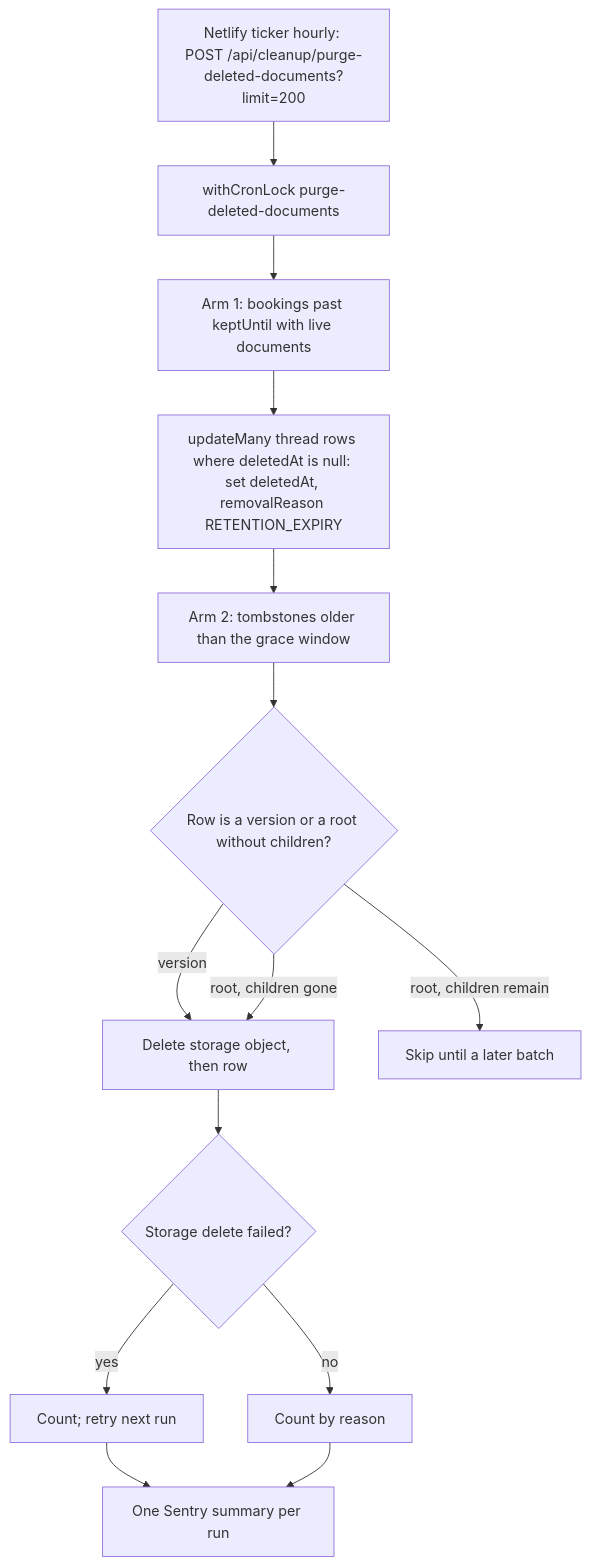
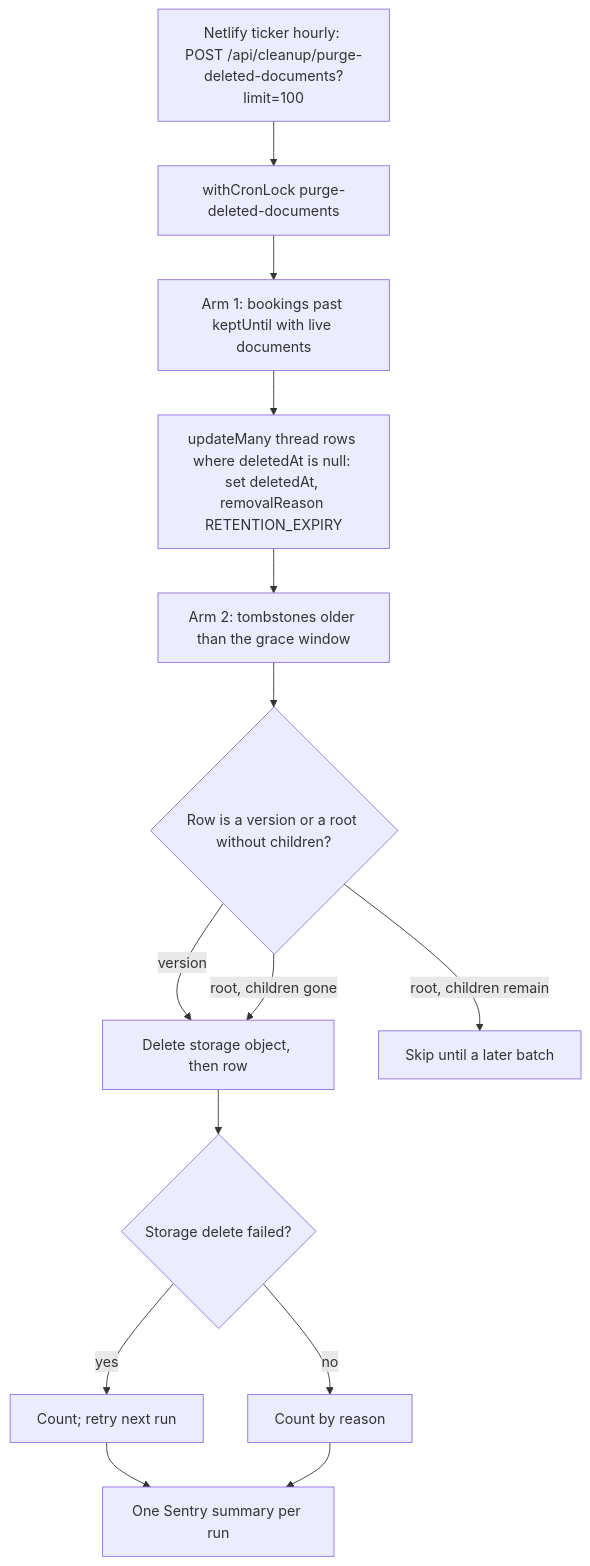
Before and after one commit to Practitionist/familiarise_web: the second of 5 diagrams in docs/documents/README.md, drawn with Mermaid. The commit also changed other lines of this file and 12 other files, not shown here.

````diff
--- a/docs/documents/README.md
+++ b/docs/documents/README.md
@@ -170,16 +170,16 @@
 ```mermaid
 flowchart TD
-  A[Netlify ticker hourly: POST /api/cleanup/purge-deleted-documents?limit=200] --> B[withCronLock purge-deleted-documents]
+  A[Netlify ticker hourly: POST /api/cleanup/purge-deleted-documents?limit=100] --> B[withCronLock purge-deleted-documents]
   B --> C[Arm 1: bookings past keptUntil with live documents]
   C --> D[updateMany thread rows where deletedAt is null: set deletedAt, removalReason RETENTION_EXPIRY]
   D --> E[Arm 2: tombstones older than the grace window]
   E --> F{Row is a version or a root without children?}
   F -- version --> G[Delete storage object, then row]
   F -- root, children gone --> G
   F -- root, children remain --> H[Skip until a later batch]
   G --> I{Storage delete failed?}
   I -- yes --> J[Count; retry next run]
   I -- no --> K[Count by reason]
   J --> L[One Sentry summary per run]
   K --> L
 ```
````
